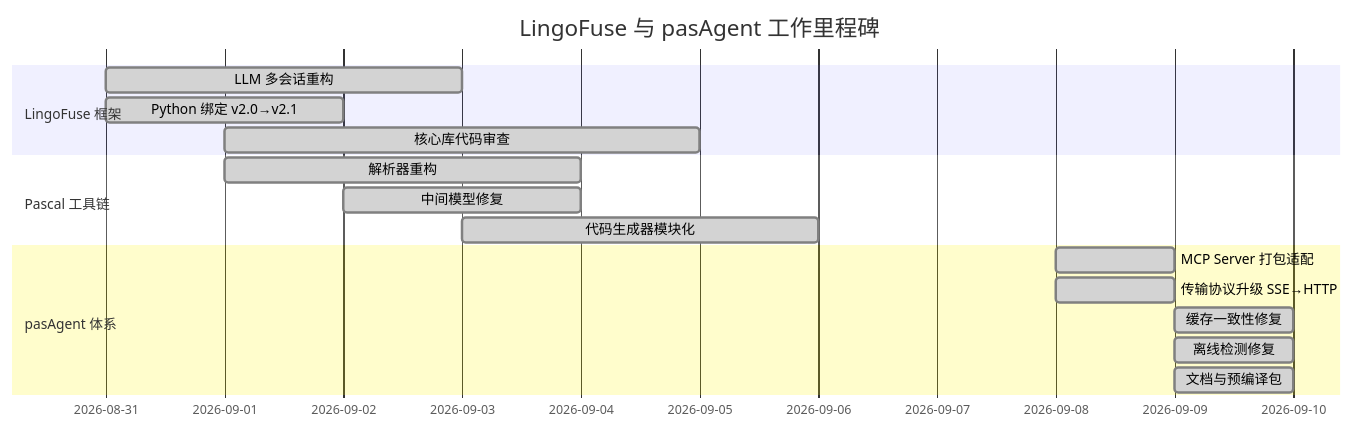
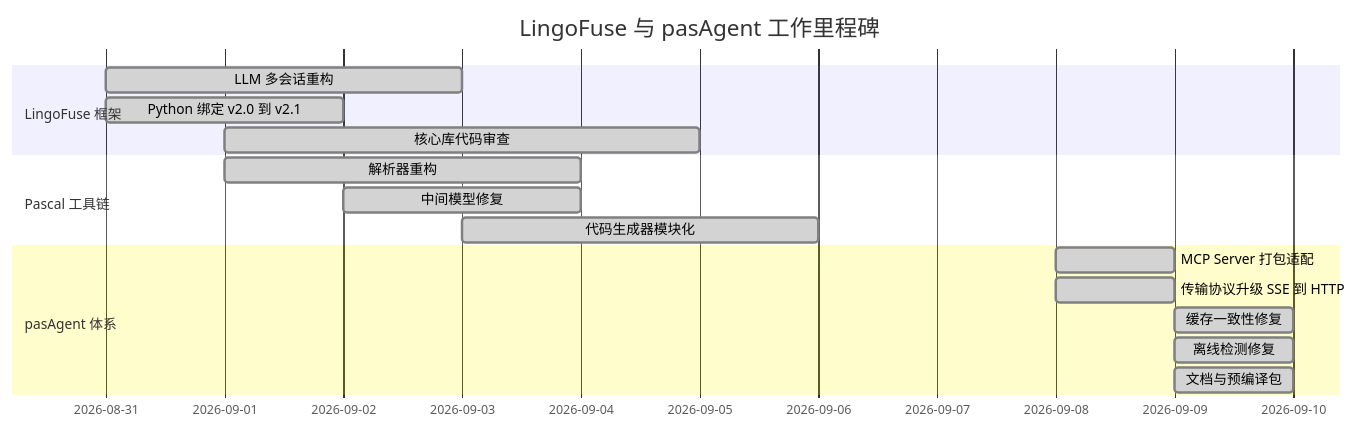
Before and after one commit to PassByYou888/LingoFuse-pasAgent: the fifth of 16 diagrams in LingoFuse_Python_Binding_Migration_Record.md, drawn with Mermaid. The commit also changed other lines of this file, not shown here.

````diff
--- a/LingoFuse_Python_Binding_Migration_Record.md
+++ b/LingoFuse_Python_Binding_Migration_Record.md
@@ -170,19 +184,19 @@
 ```mermaid
 gantt
     title LingoFuse 与 pasAgent 工作里程碑
     dateFormat YYYY-MM-DD
     section LingoFuse 框架
     LLM 多会话重构           :done, a1, 2026-08-31, 3d
-    Python 绑定 v2.0→v2.1    :done, a2, 2026-08-31, 2d
+    Python 绑定 v2.0 到 v2.1  :done, a2, 2026-08-31, 2d
     核心库代码审查           :done, a3, 2026-09-01, 4d
     section Pascal 工具链
     解析器重构               :done, b1, 2026-09-01, 3d
     中间模型修复             :done, b2, 2026-09-02, 2d
     代码生成器模块化         :done, b3, 2026-09-03, 3d
     section pasAgent 体系
     MCP Server 打包适配      :done, c1, 2026-09-08, 1d
-    传输协议升级 SSE→HTTP    :done, c2, 2026-09-08, 1d
+    传输协议升级 SSE 到 HTTP :done, c2, 2026-09-08, 1d
     缓存一致性修复           :done, c3, 2026-09-09, 1d
     离线检测修复             :done, c4, 2026-09-09, 1d
     文档与预编译包           :done, c5, 2026-09-09, 1d
 ```
````
